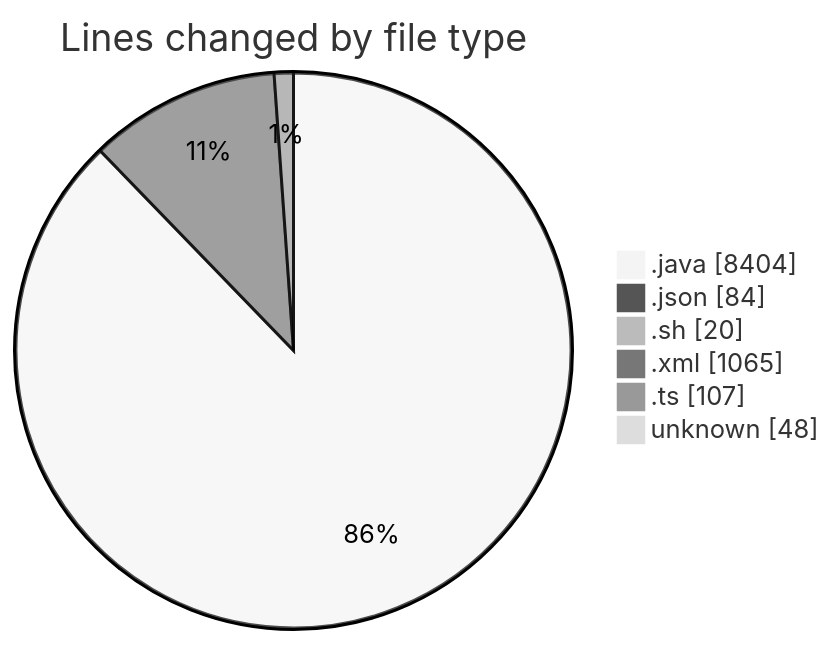
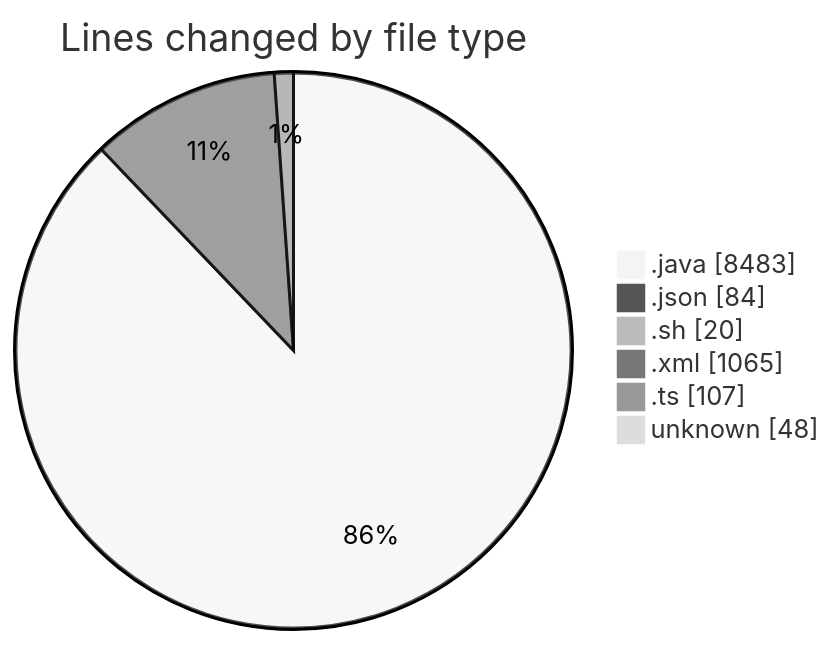
One commit to charlie-sans/code-tracking changed the first of 2 diagrams in 2025-02-23/micros/README.md. Above: the diagram before and after it, drawn with Mermaid (neutral theme). The commit also changed other lines of this file and 1 other file, not shown here.

````diff
--- a/2025-02-23/micros/README.md
+++ b/2025-02-23/micros/README.md
@@ -58,10 +59,10 @@
 ```mermaid
 pie showData
 title Lines changed by file type
-".java" : 8404
+".java" : 8483
 ".json" : 84
 ".sh" : 20
 ".xml" : 1065
 ".ts" : 107
 "unknown" : 48
 ```
````
